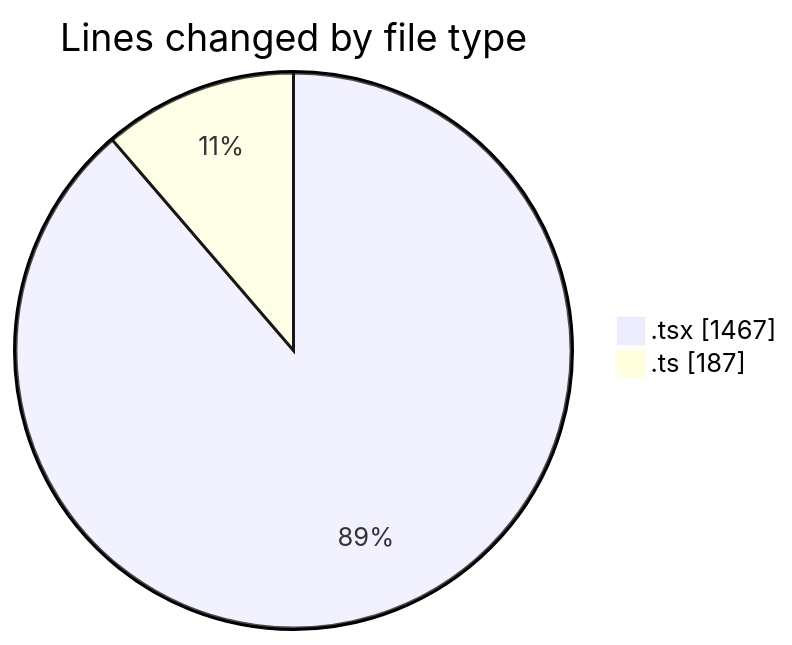
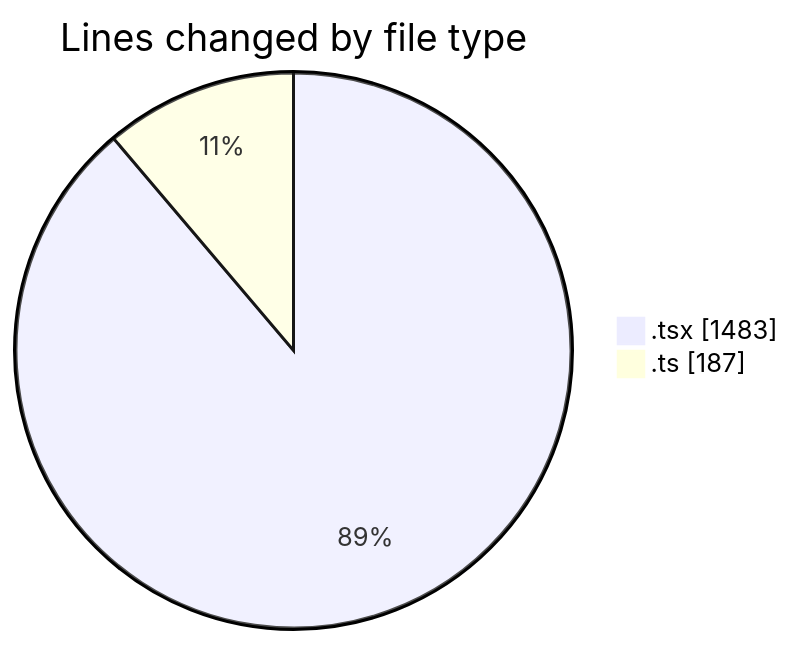
The first of 2 diagrams in 2025-02-03/mbc-web/README.md (robertbonfada/code-tracking), drawn with Mermaid before and after one commit. The commit also changed other lines of this file and 1 other file, not shown here.

````diff
--- a/2025-02-03/mbc-web/README.md
+++ b/2025-02-03/mbc-web/README.md
@@ -25,6 +25,6 @@
 ```mermaid
 pie showData
 title Lines changed by file type
-".tsx" : 1467
+".tsx" : 1483
 ".ts" : 187
 ```
````
